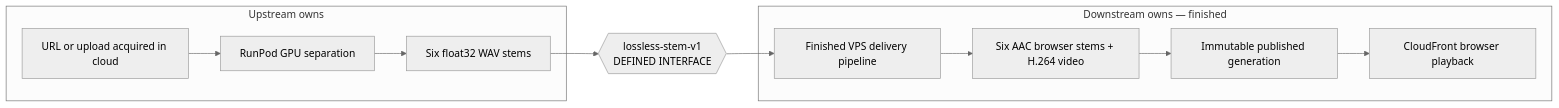
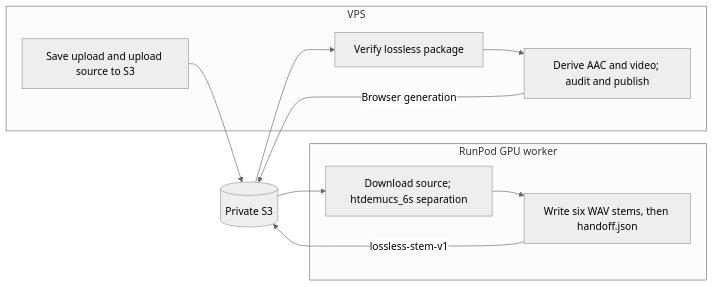
One commit to mdc159/shizzle changed the diagram in interfaces/lossless-stem-v1/spec.md. Above: the diagram before and after it, drawn with Mermaid (neutral theme). The commit also changed other lines of this file and 46 other files, not shown here.

````diff
--- a/interfaces/lossless-stem-v1/spec.md
+++ b/interfaces/lossless-stem-v1/spec.md
@@ -11,23 +9,20 @@
 ```mermaid
 flowchart LR
-    A["URL or upload acquired in cloud"] --> B["RunPod GPU separation"]
-    B --> C["Six float32 WAV stems"]
-    C --> H{{"lossless-stem-v1<br/>DEFINED INTERFACE"}}
-    H --> D["Finished VPS delivery pipeline"]
-    D --> E["Six AAC browser stems + H.264 video"]
-    E --> F["Immutable published generation"]
-    F --> G["CloudFront browser playback"]
-
-    subgraph UP["Upstream owns"]
-        A
-        B
-        C
+    subgraph VPS["VPS"]
+        Source["Save upload and upload source to S3"]
+        Intake["Verify lossless package"]
+        Delivery["Derive AAC and video; audit and publish"]
     end
-
-    subgraph DOWN["Downstream owns — finished"]
-        D
-        E
-        F
-        G
+    subgraph RunPod["RunPod GPU worker"]
+        Separate["Download source; htdemucs_6s separation"]
+        Package["Write six WAV stems, then handoff.json"]
     end
+    S3[("Private S3")]
+    Source --> S3
+    S3 --> Separate
+    Separate --> Package
+    Package -->|"lossless-stem-v1"| S3
+    S3 --> Intake
+    Intake --> Delivery
+    Delivery -->|"Browser generation"| S3
 ```
````
